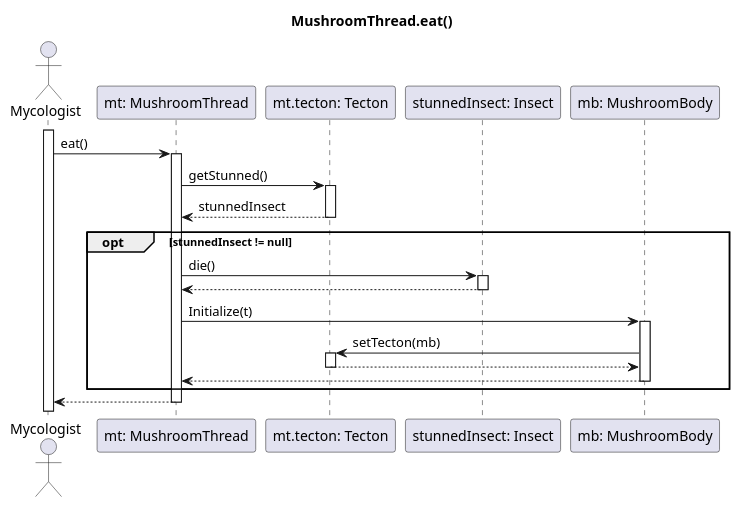
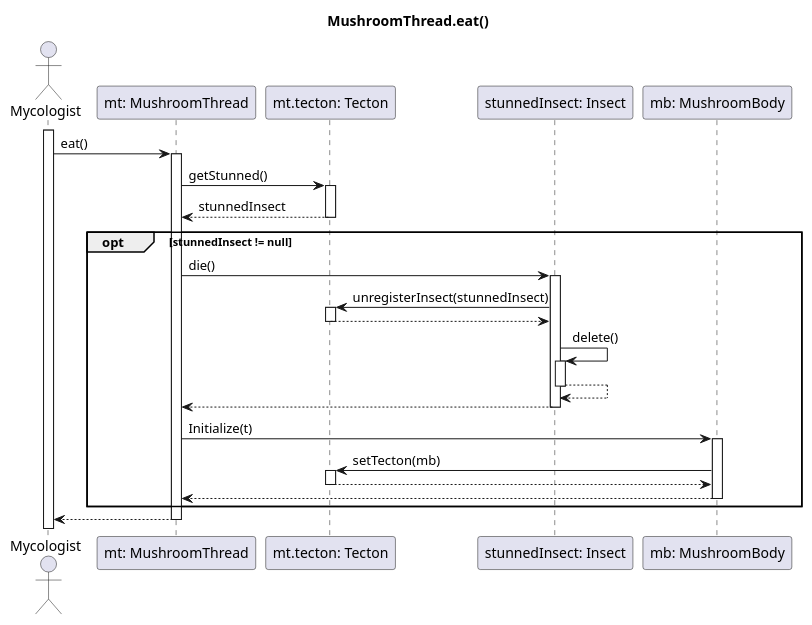
One commit to dzsem/projlab changed the diagram in diagrams/sequence/mushroom/eat.wsd. Above: the diagram before and after it, drawn with PlantUML.

Commit message:
Patch die() function to show delete() call

```diff
--- a/diagrams/sequence/mushroom/eat.wsd
+++ b/diagrams/sequence/mushroom/eat.wsd
@@ -1,42 +1,58 @@
 @startuml Mushroom Thread eat
 
 title MushroomThread.eat()
 
 actor "Mycologist" as mycologist
 participant "mt: MushroomThread" as mt
 participant "mt.tecton: Tecton" as t
 participant "stunnedInsect: Insect" as i
 participant "mb: MushroomBody" as mb
 
 activate mycologist
 mycologist -> mt: eat()
 activate mt
 
 mt -> t: getStunned()
 activate t
 t --> mt: stunnedInsect
 deactivate t
 
 opt stunnedInsect != null
     mt -> i: die()
     activate i
+
+
+    i -> t: unregisterInsect(stunnedInsect)
+    activate t
+
+    i <-- t
+    deactivate t
+
+
+    i -> i: delete()
+    activate i
+
+    i --> i
+    deactivate i
+
+
     i --> mt
     deactivate i
 
     mt -> mb: Initialize(t)
     activate mb
 
     mb -> t: setTecton(mb)
     activate t
     t --> mb
     deactivate t
 
     mb --> mt
     deactivate mb
 end
 
 
 mt --> mycologist
 deactivate mt
 
 @enduml
```
